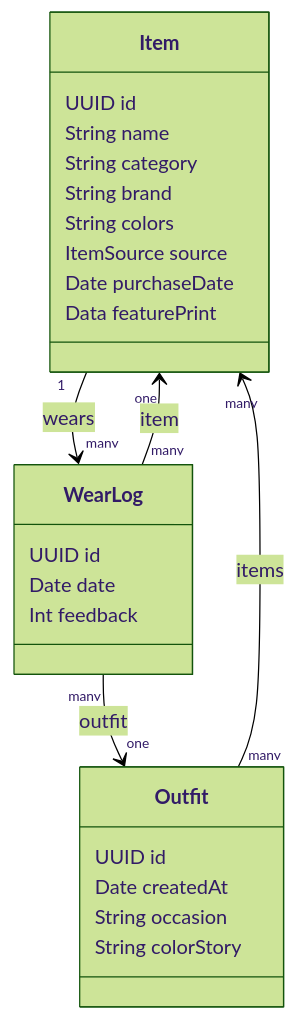
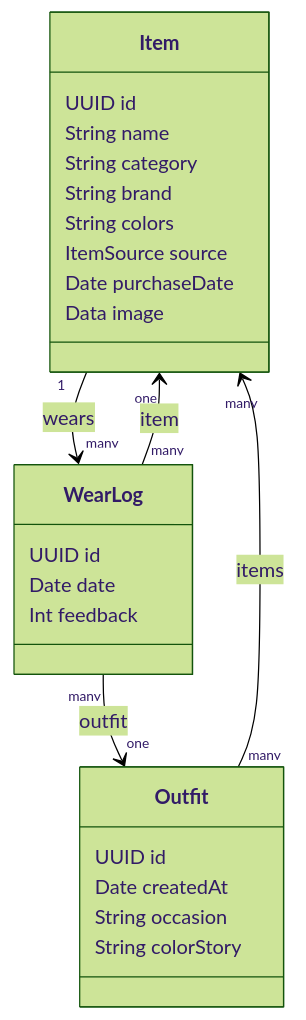
Before and after one commit to tzehon/wardrobe-stylist: the fifth of 6 diagrams in docs/architecture.md, drawn with Mermaid (forest theme). The commit also changed other lines of this file and 20 other files, not shown here.

````diff
--- a/docs/architecture.md
+++ b/docs/architecture.md
@@ -260,28 +190,28 @@
 ```mermaid
 classDiagram
     class Item {
         UUID id
         String name
         String category
         String brand
         String colors
         ItemSource source
         Date purchaseDate
-        Data featurePrint
+        Data image
     }
     class Outfit {
         UUID id
         Date createdAt
         String occasion
         String colorStory
     }
     class WearLog {
         UUID id
         Date date
         Int feedback
     }
     Item "1" --> "many" WearLog : wears
     Outfit "many" --> "many" Item : items
     WearLog "many" --> "one" Item : item
     WearLog "many" --> "one" Outfit : outfit
 ```
````
